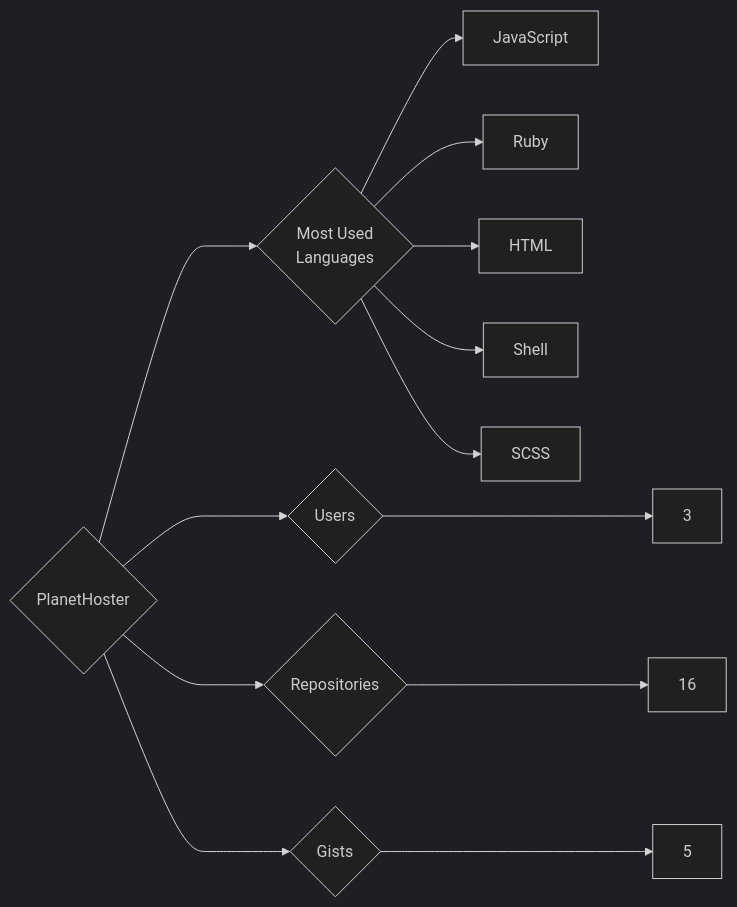
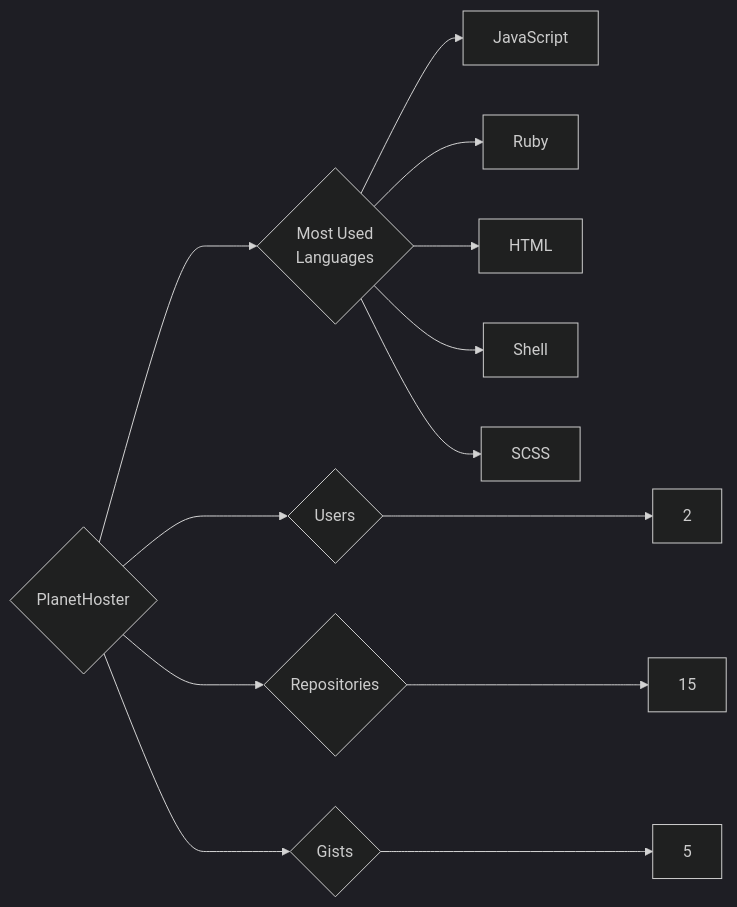
One commit to trickest/insiders changed the diagram in targets/PlanetHoster/README.md. Above: the diagram before and after it, drawn with Mermaid (dark theme). The commit also changed 797 other files, not shown here.

````diff
--- a/targets/PlanetHoster/README.md
+++ b/targets/PlanetHoster/README.md
@@ -3,13 +3,13 @@
 ```mermaid
 graph LR
 COMPANY_NAME{PlanetHoster}
-COMPANY_NAME ---> U{Users} ---> UN[3]
-COMPANY_NAME ---> R{Repositories} ---> RN[16]
+COMPANY_NAME ---> U{Users} ---> UN[2]
+COMPANY_NAME ---> R{Repositories} ---> RN[15]
 COMPANY_NAME ---> G{Gists} ---> GN[5]
 COMPANY_NAME ---> ML{Most Used<br>Languages}
 ML --> JavaScript[JavaScript]
 ML --> Ruby[Ruby]
 ML --> HTML[HTML]
 ML --> Shell[Shell]
 ML --> SCSS[SCSS]
 ```
````
